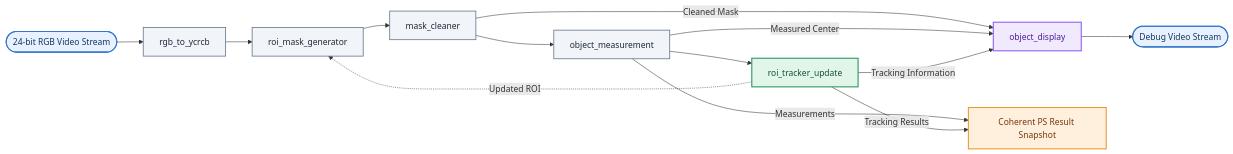
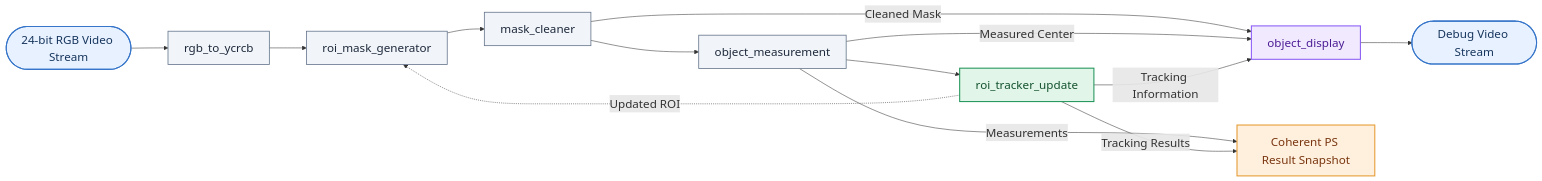
One commit to RL-Hillman/pynq_z2_object_tracking_system changed the diagram in README.md. Above: the diagram before and after it, drawn with Mermaid.

````diff
--- a/README.md
+++ b/README.md
@@ -260,42 +260,44 @@
 ```mermaid
+
+%%{init: {"themeVariables": {"fontSize": "22px"}, "flowchart": {"nodeSpacing": 60, "rankSpacing": 70}}}%%
 flowchart LR
     A(["24-bit RGB Video Stream"])
     B["rgb_to_ycrcb"]
     C["roi_mask_generator"]
     D["mask_cleaner"]
     E["object_measurement"]
     F["roi_tracker_update"]
 
     G["object_display"]
     H["Coherent PS Result Snapshot"]
     I(["Debug Video Stream"])
 
     %% Main processing pipeline
     A --> B --> C --> D --> E --> F
 
     %% ROI feedback
     F -.->|Updated ROI| C
 
     %% Debug display
     D -->|Cleaned Mask| G
     E -->|Measured Center| G
     F -->|Tracking Information| G
     G --> I
 
     %% PS results
     E -->|Measurements| H
     F -->|Tracking Results| H
 
     %% Node styling
     classDef input fill:#E8F1FF,stroke:#3675C9,stroke-width:2px,color:#17365D
     classDef process fill:#F1F5F9,stroke:#64748B,stroke-width:1.5px,color:#1E293B
     classDef tracker fill:#E1F5E9,stroke:#22965B,stroke-width:2px,color:#14532D
     classDef display fill:#F1EAFE,stroke:#8B5CF6,stroke-width:2px,color:#4C1D95
     classDef result fill:#FFF0DD,stroke:#E59B32,stroke-width:2px,color:#78350F
 
     class A,I input
     class B,C,D,E process
     class F tracker
     class G display
     class H result
 ```
````
